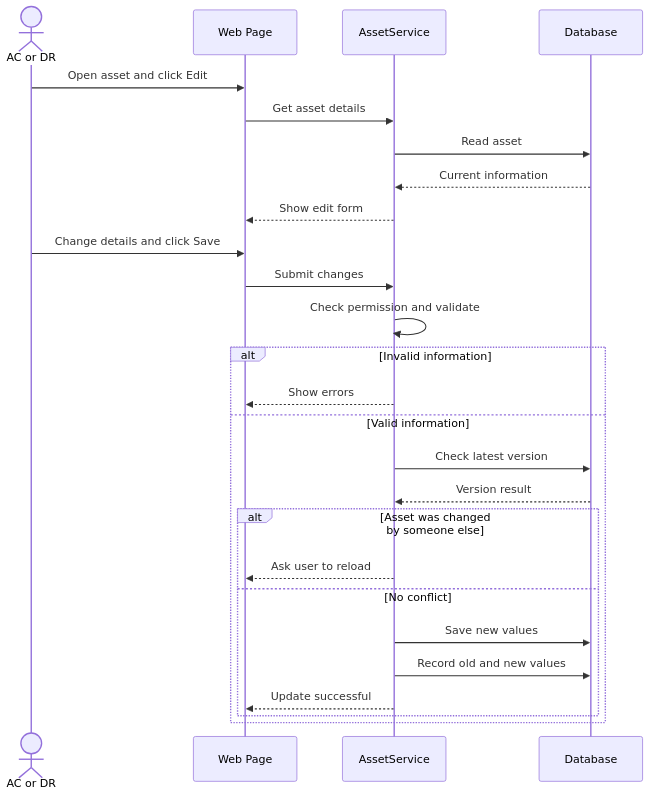
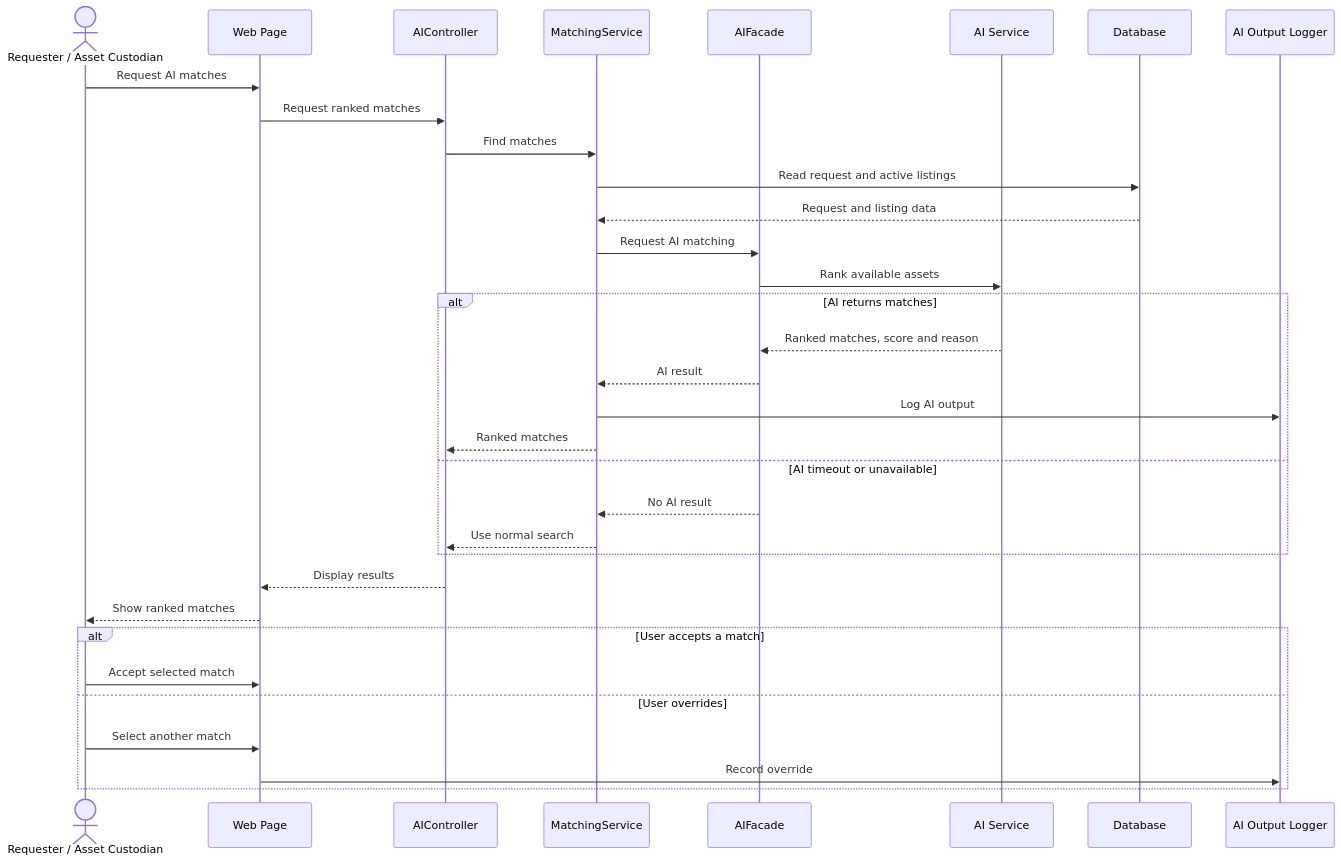
The second of 10 diagrams in phase 4-5/01_part1_assets_marketplace_requests.md (Abdulla66541/COSC336-GROUP5), drawn with Mermaid before and after one commit. The commit also changed other lines of this file, not shown here.

````diff
--- a/phase 4-5/01_part1_assets_marketplace_requests.md
+++ b/phase 4-5/01_part1_assets_marketplace_requests.md
@@ -80,32 +91,39 @@
 ```mermaid
 sequenceDiagram
-    actor U as AC or DR
+    actor U as Requester / Asset Custodian
     participant UI as Web Page
-    participant S as AssetService
+    participant AIC as AIController
+    participant MS as MatchingService
+    participant AF as AIFacade
+    participant AI as AI Service
     participant DB as Database
+    participant LOG as AI Output Logger
 
-    U->>UI: Open asset and click Edit
-    UI->>S: Get asset details
-    S->>DB: Read asset
-    DB-->>S: Current information
-    S-->>UI: Show edit form
+    U->>UI: Request AI matches
+    UI->>AIC: Request ranked matches
+    AIC->>MS: Find matches
+    MS->>DB: Read request and active listings
+    DB-->>MS: Request and listing data
+    MS->>AF: Request AI matching
+    AF->>AI: Rank available assets
 
-    U->>UI: Change details and click Save
-    UI->>S: Submit changes
-    S->>S: Check permission and validate
+    alt AI returns matches
+        AI-->>AF: Ranked matches, score and reason
+        AF-->>MS: AI result
+        MS->>LOG: Log AI output
+        MS-->>AIC: Ranked matches
+    else AI timeout or unavailable
+        AF-->>MS: No AI result
+        MS-->>AIC: Use normal search
+    end
 
-    alt Invalid information
-        S-->>UI: Show errors
-    else Valid information
-        S->>DB: Check latest version
-        DB-->>S: Version result
+    AIC-->>UI: Display results
+    UI-->>U: Show ranked matches
 
-        alt Asset was changed by someone else
-            S-->>UI: Ask user to reload
-        else No conflict
-            S->>DB: Save new values
-            S->>DB: Record old and new values
-            S-->>UI: Update successful
-        end
+    alt User accepts a match
+        U->>UI: Accept selected match
+    else User overrides
+        U->>UI: Select another match
+        UI->>LOG: Record override
     end
 ```
````
